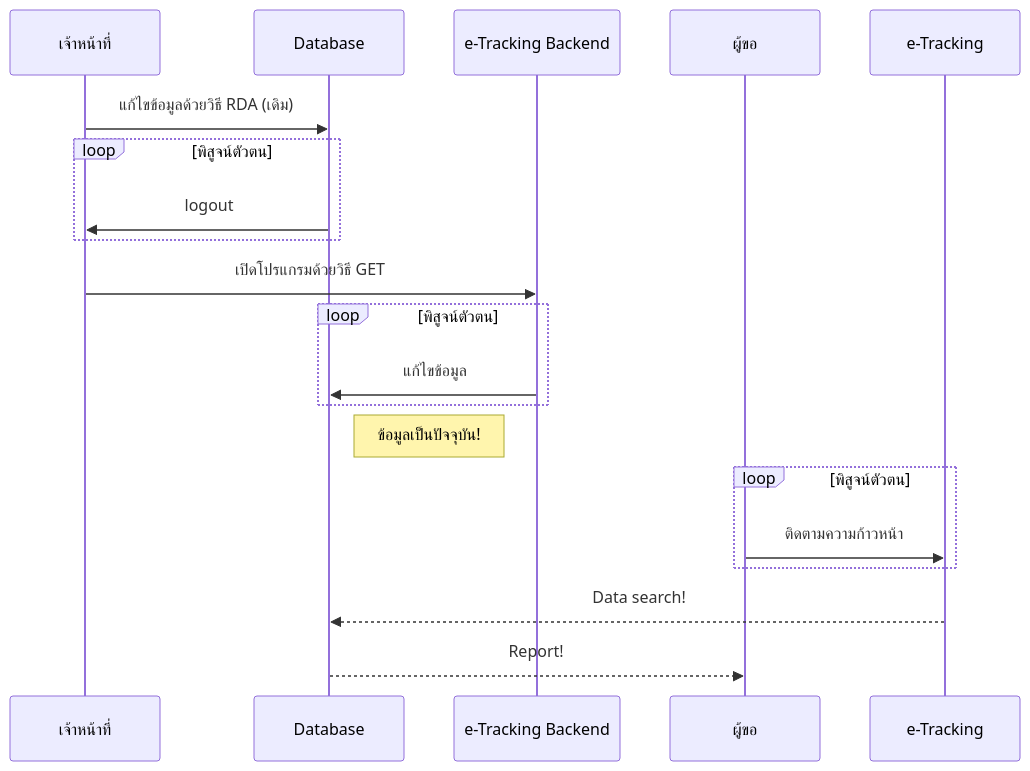
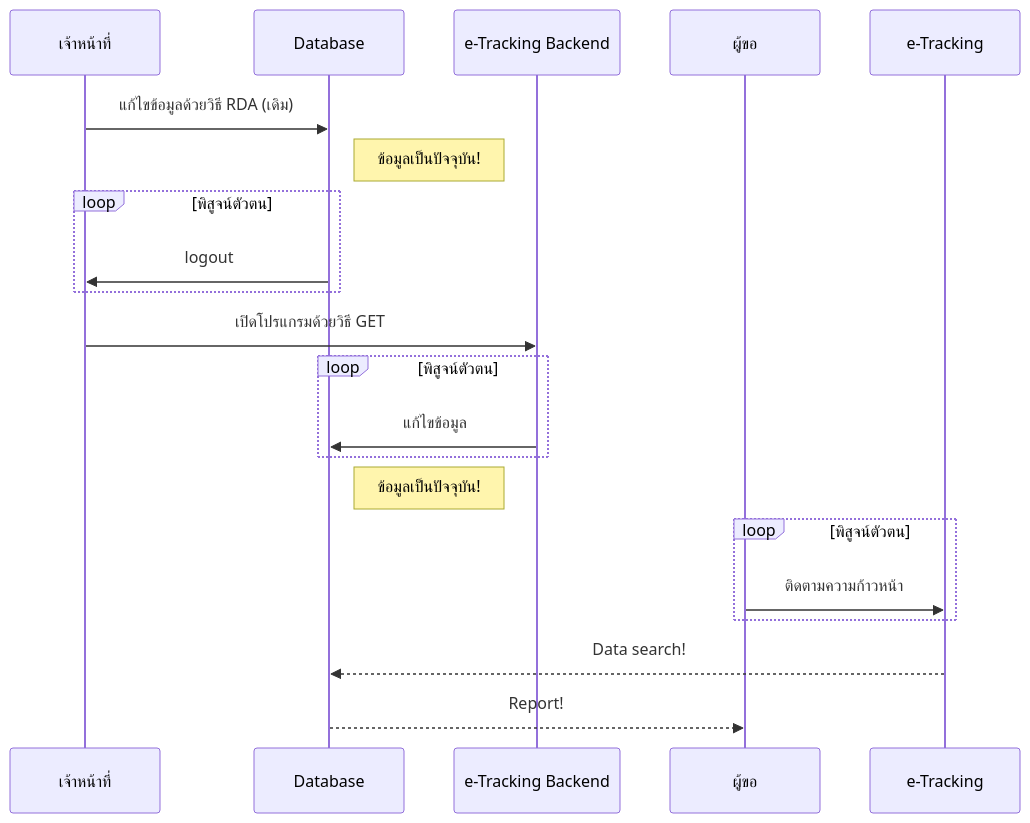
One commit to Kietpawpan/e-tracking changed the second of 2 diagrams in README.md. Above: the diagram before and after it, drawn with Mermaid.

````diff
--- a/README.md
+++ b/README.md
@@ -28,17 +28,18 @@
 ```mermaid
 sequenceDiagram
 เจ้าหน้าที่->>Database: แก้ไขข้อมูลด้วยวิธี RDA (เดิม)
+Note right of Database: ข้อมูลเป็นปัจจุบัน!
 loop พิสูจน์ตัวตน
 Database->>เจ้าหน้าที่: logout
 end
 เจ้าหน้าที่->>e-Tracking Backend: เปิดโปรแกรมด้วยวิธี GET
 loop พิสูจน์ตัวตน
     e-Tracking Backend->>Database: แก้ไขข้อมูล
 end
 Note right of Database: ข้อมูลเป็นปัจจุบัน!
 loop พิสูจน์ตัวตน
 ผู้ขอ->>e-Tracking: ติดตามความก้าวหน้า
 end
 e-Tracking-->>Database: Data search!
 Database-->>ผู้ขอ: Report!
 ```
````
